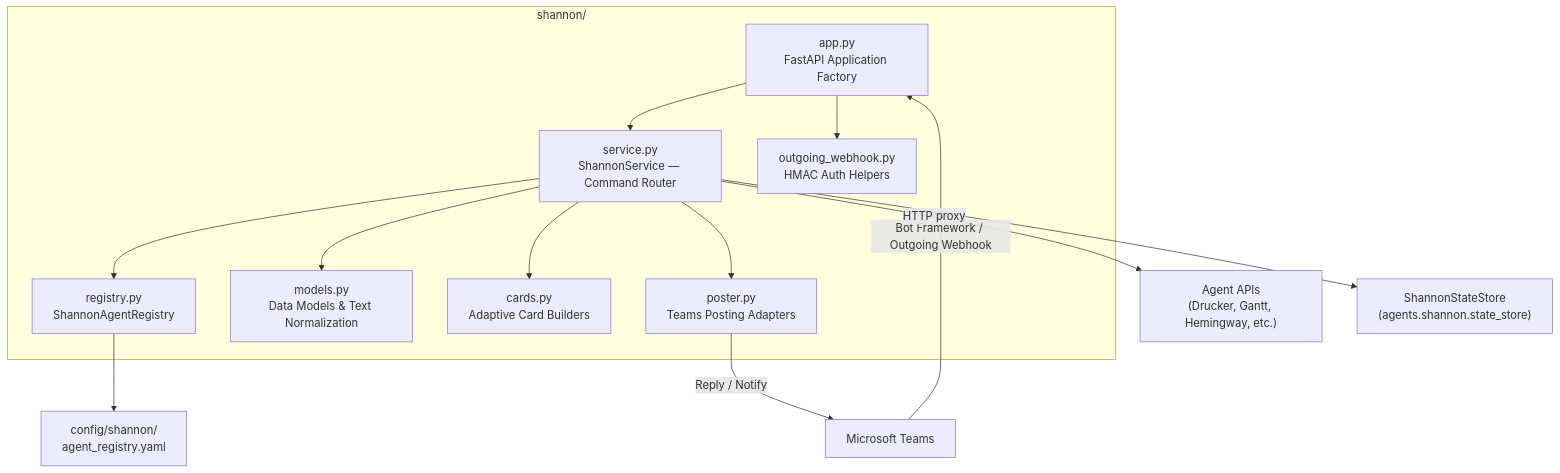
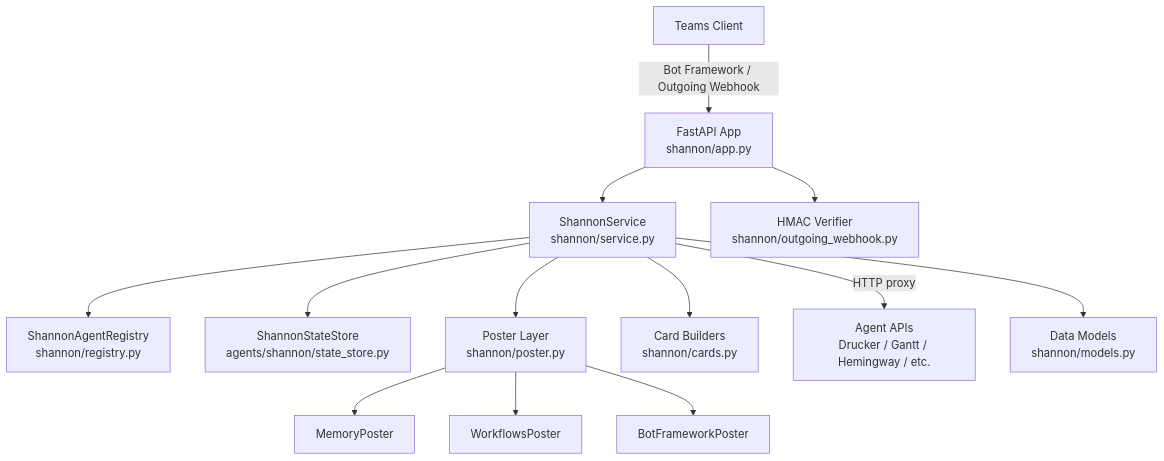
Before and after one commit to jmac-cornelis/agent-workforce: the first of 4 diagrams in docs/shannon.md, drawn with Mermaid. The commit also changed other lines of this file and 8 other files, not shown here.

````diff
--- a/docs/shannon.md
+++ b/docs/shannon.md
@@ -25,29 +25,15 @@
 ```mermaid
-graph TB
-    subgraph "shannon/"
-        APP["app.py<br/>FastAPI Application Factory"]
-        SVC["service.py<br/>ShannonService — Command Router"]
-        REG["registry.py<br/>ShannonAgentRegistry"]
-        MDL["models.py<br/>Data Models & Text Normalization"]
-        CRD["cards.py<br/>Adaptive Card Builders"]
-        PST["poster.py<br/>Teams Posting Adapters"]
-        OWH["outgoing_webhook.py<br/>HMAC Auth Helpers"]
-    end
-
-    TEAMS["Microsoft Teams"]
-    AGENTS["Agent APIs<br/>(Drucker, Gantt, Hemingway, etc.)"]
-    YAML["config/shannon/<br/>agent_registry.yaml"]
-    STATE["ShannonStateStore<br/>(agents.shannon.state_store)"]
-
-    TEAMS -->|"Bot Framework / Outgoing Webhook"| APP
-    APP --> SVC
-    SVC --> REG
-    SVC --> CRD
-    SVC --> PST
-    SVC --> STATE
-    SVC -->|"HTTP proxy"| AGENTS
-    REG --> YAML
-    APP --> OWH
-    SVC --> MDL
-    PST -->|"Reply / Notify"| TEAMS
+graph TD
+    A[Teams Client] -->|Bot Framework / Outgoing Webhook| B[FastAPI App<br>shannon/app.py]
+    B --> C[ShannonService<br>shannon/service.py]
+    C --> D[ShannonAgentRegistry<br>shannon/registry.py]
+    C --> E[ShannonStateStore<br>agents/shannon/state_store.py]
+    C --> F[Poster Layer<br>shannon/poster.py]
+    C --> G[Card Builders<br>shannon/cards.py]
+    C -->|HTTP proxy| H[Agent APIs<br>Drucker / Gantt / Hemingway / etc.]
+    F --> I[MemoryPoster]
+    F --> J[WorkflowsPoster]
+    F --> K[BotFrameworkPoster]
+    B --> L[HMAC Verifier<br>shannon/outgoing_webhook.py]
+    C --> M[Data Models<br>shannon/models.py]
 ```
````
